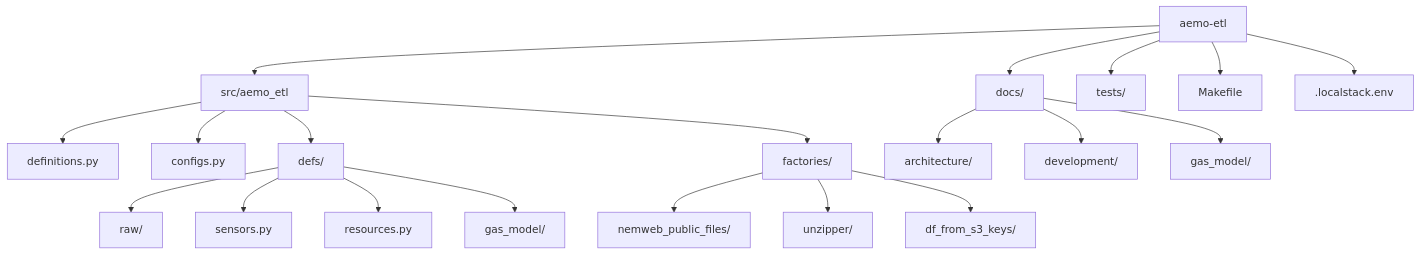
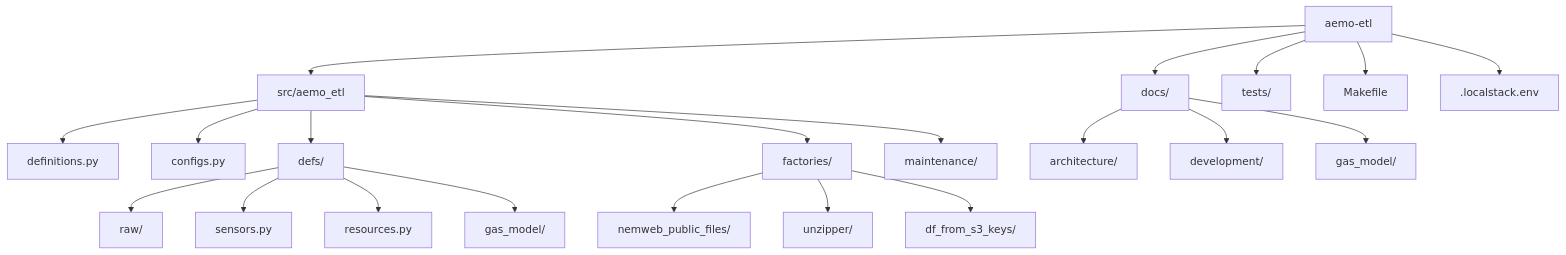
Before and after one commit to Chr1sC0de/energy-market-delta-lake: the second of 3 diagrams in backend-services/dagster-user/aemo-etl/README.md, drawn with Mermaid. The commit also changed other lines of this file and 9 other files, not shown here.

````diff
--- a/backend-services/dagster-user/aemo-etl/README.md
+++ b/backend-services/dagster-user/aemo-etl/README.md
@@ -68,26 +71,27 @@
 ```mermaid
 flowchart TD
     Root["aemo-etl"] --> Src["src/aemo_etl"]
     Root --> Docs["docs/"]
     Root --> Tests["tests/"]
     Root --> Make["Makefile"]
     Root --> Env[".localstack.env"]
 
     Src --> Definitions["definitions.py"]
     Src --> Config["configs.py"]
     Src --> Defs["defs/"]
     Src --> Factories["factories/"]
+    Src --> Maintenance["maintenance/"]
 
     Defs --> Raw["raw/"]
     Defs --> Sensors["sensors.py"]
     Defs --> Resources["resources.py"]
     Defs --> GasModel["gas_model/"]
 
     Factories --> Nemweb["nemweb_public_files/"]
     Factories --> Unzip["unzipper/"]
     Factories --> DfS3["df_from_s3_keys/"]
 
     Docs --> ArchDocs["architecture/"]
     Docs --> DevDocs["development/"]
     Docs --> GasDocs["gas_model/"]
 ```
````
